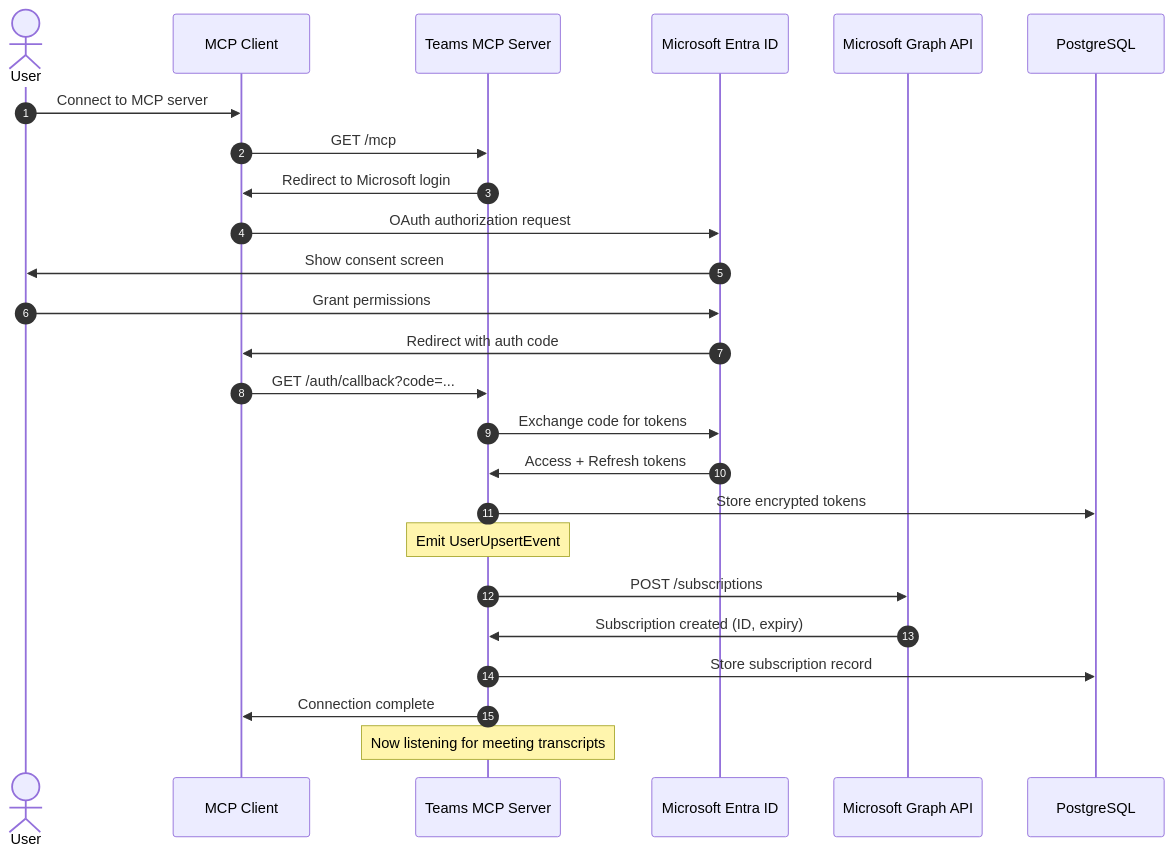
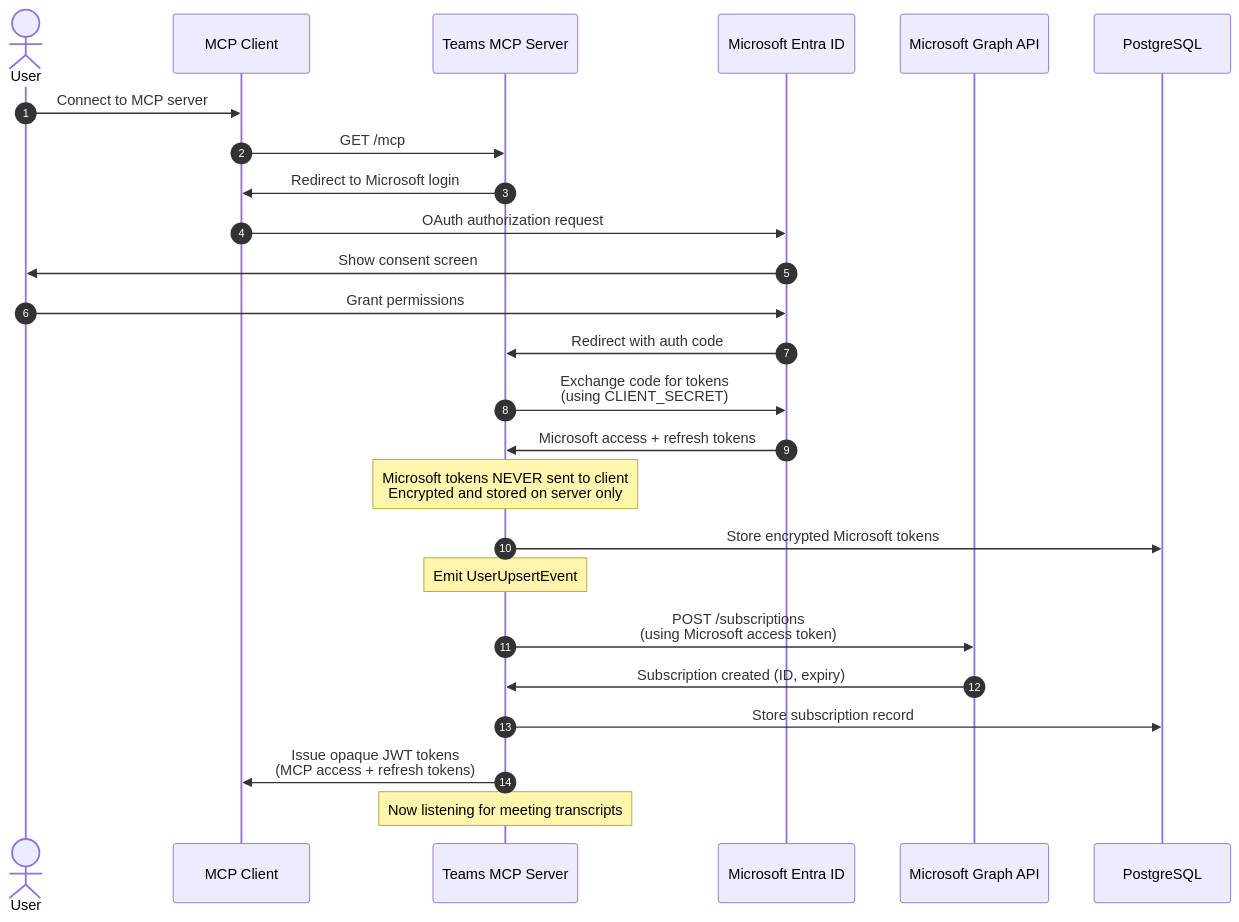
Before and after one commit to Unique-AG/connectors: the second of 6 diagrams in services/teams-mcp/docs/technical/flows.md, drawn with Mermaid. The commit also changed other lines of this file and 11 other files, not shown here.

````diff
--- a/services/teams-mcp/docs/technical/flows.md
+++ b/services/teams-mcp/docs/technical/flows.md
@@ -46,30 +46,30 @@
 ```mermaid
 sequenceDiagram
     autonumber
     actor User
     participant MCPClient as MCP Client
     participant TeamsMCP as Teams MCP Server
     participant EntraID as Microsoft Entra ID
     participant MSGraph as Microsoft Graph API
     participant DB as PostgreSQL
 
     User->>MCPClient: Connect to MCP server
     MCPClient->>TeamsMCP: GET /mcp
     TeamsMCP->>MCPClient: Redirect to Microsoft login
     MCPClient->>EntraID: OAuth authorization request
     EntraID->>User: Show consent screen
     User->>EntraID: Grant permissions
-    EntraID->>MCPClient: Redirect with auth code
-    MCPClient->>TeamsMCP: GET /auth/callback?code=...
-    TeamsMCP->>EntraID: Exchange code for tokens
-    EntraID->>TeamsMCP: Access + Refresh tokens
-    TeamsMCP->>DB: Store encrypted tokens
+    EntraID->>TeamsMCP: Redirect with auth code
+    TeamsMCP->>EntraID: Exchange code for tokens<br/>(using CLIENT_SECRET)
+    EntraID->>TeamsMCP: Microsoft access + refresh tokens
+    Note over TeamsMCP: Microsoft tokens NEVER sent to client<br/>Encrypted and stored on server only
+    TeamsMCP->>DB: Store encrypted Microsoft tokens
 
     Note over TeamsMCP: Emit UserUpsertEvent
-    TeamsMCP->>MSGraph: POST /subscriptions
+    TeamsMCP->>MSGraph: POST /subscriptions<br/>(using Microsoft access token)
     MSGraph->>TeamsMCP: Subscription created (ID, expiry)
     TeamsMCP->>DB: Store subscription record
-    TeamsMCP->>MCPClient: Connection complete
+    TeamsMCP->>MCPClient: Issue opaque JWT tokens<br/>(MCP access + refresh tokens)
 
     Note over TeamsMCP: Now listening for meeting transcripts
 ```
````
